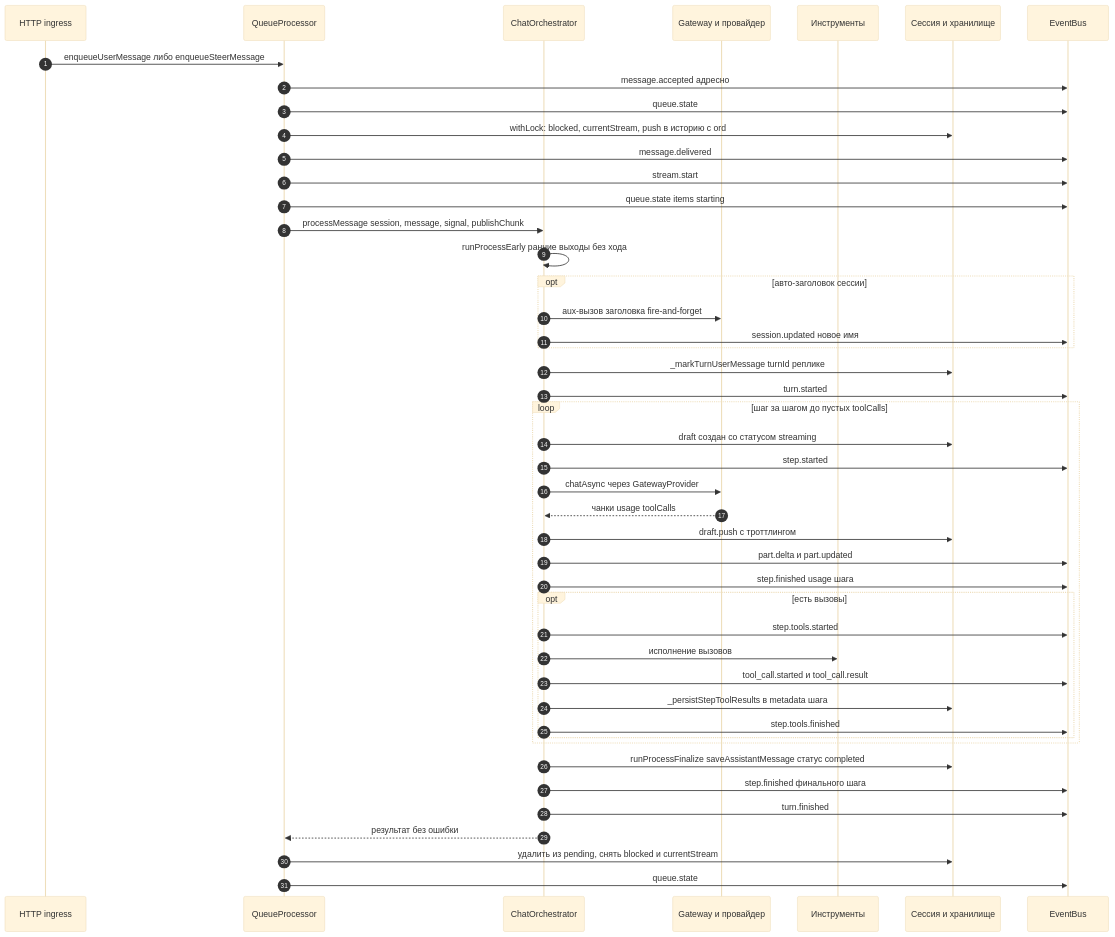
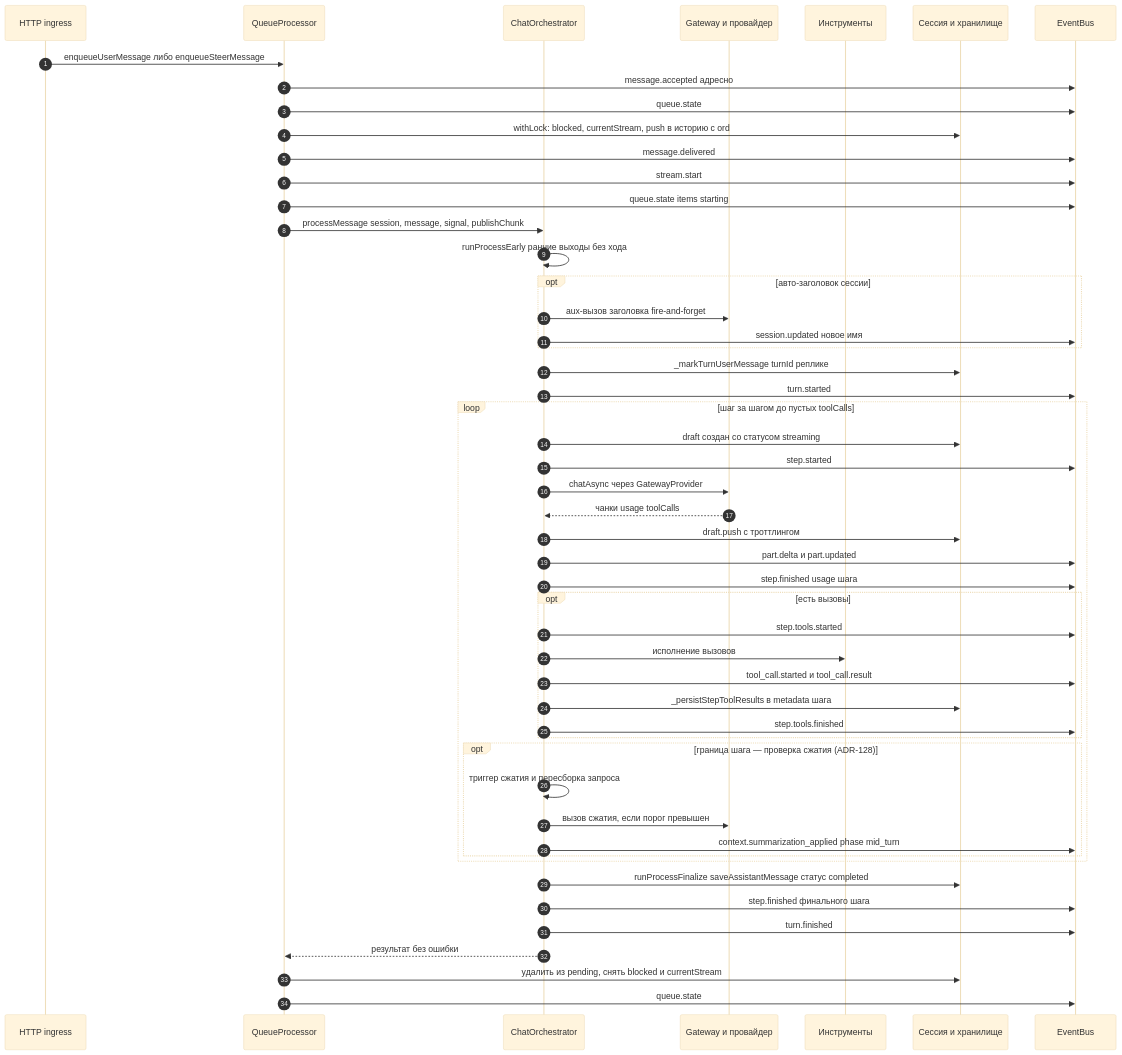
One commit to itphx/synth changed the second of 9 diagrams in docs/MESSAGE_FLOW.md. Above: the diagram before and after it, drawn with Mermaid (base theme). The commit also changed other lines of this file and 30 other files, not shown here.

Commit message:
feat(core): mid-turn компактизация на границе шага (ADR-128) и надёжность сжатия

````diff
--- a/docs/MESSAGE_FLOW.md
+++ b/docs/MESSAGE_FLOW.md
@@ -258,49 +259,54 @@
 ```mermaid
 sequenceDiagram
   autonumber
   participant H as HTTP ingress
   participant Q as QueueProcessor
   participant O as ChatOrchestrator
   participant G as Gateway и провайдер
   participant T as Инструменты
   participant S as Сессия и хранилище
   participant B as EventBus
 
   H->>Q: enqueueUserMessage либо enqueueSteerMessage
   Q->>B: message.accepted адресно
   Q->>B: queue.state
   Q->>S: withLock: blocked, currentStream, push в историю с ord
   Q->>B: message.delivered
   Q->>B: stream.start
   Q->>B: queue.state items starting
   Q->>O: processMessage session, message, signal, publishChunk
   O->>O: runProcessEarly ранние выходы без хода
   opt авто-заголовок сессии
     O->>G: aux-вызов заголовка fire-and-forget
     O->>B: session.updated новое имя
   end
   O->>S: _markTurnUserMessage turnId реплике
   O->>B: turn.started
   loop шаг за шагом до пустых toolCalls
     O->>S: draft создан со статусом streaming
     O->>B: step.started
     O->>G: chatAsync через GatewayProvider
     G-->>O: чанки usage toolCalls
     O->>S: draft.push с троттлингом
     O->>B: part.delta и part.updated
     O->>B: step.finished usage шага
     opt есть вызовы
       O->>B: step.tools.started
       O->>T: исполнение вызовов
       O->>B: tool_call.started и tool_call.result
       O->>S: _persistStepToolResults в metadata шага
       O->>B: step.tools.finished
     end
+    opt граница шага — проверка сжатия (ADR-128)
+      O->>O: триггер сжатия и пересборка запроса
+      O->>G: вызов сжатия, если порог превышен
+      O->>B: context.summarization_applied phase mid_turn
+    end
   end
   O->>S: runProcessFinalize saveAssistantMessage статус completed
   O->>B: step.finished финального шага
   O->>B: turn.finished
   O-->>Q: результат без ошибки
   Q->>S: удалить из pending, снять blocked и currentStream
   Q->>B: queue.state
 ```
````
